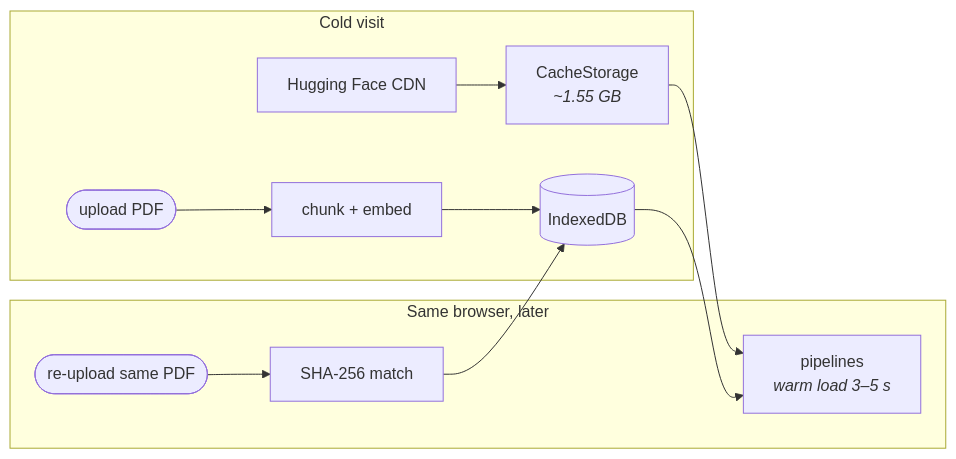
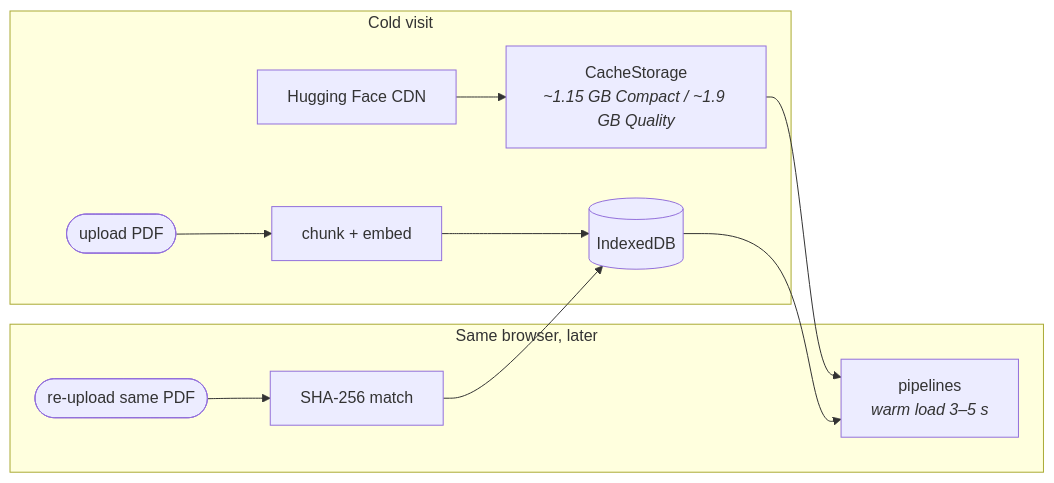
Before and after one commit to sumitsahoo/cloakpdf: the fourth of 4 diagrams in docs/local-ai.md, drawn with Mermaid. The commit also changed other lines of this file and 8 other files, not shown here.

````diff
--- a/docs/local-ai.md
+++ b/docs/local-ai.md
@@ -224,12 +226,12 @@
 ```mermaid
 flowchart LR
     subgraph Cold["Cold visit"]
-        CDN[Hugging Face CDN] --> Cache[CacheStorage<br/><i>~1.55 GB</i>]
+        CDN[Hugging Face CDN] --> Cache[CacheStorage<br/><i>~1.15 GB Compact / ~1.9 GB Quality</i>]
         PDF1([upload PDF]) --> Embed1[chunk + embed] --> IDB1[(IndexedDB)]
     end
 
     subgraph Warm["Same browser, later"]
         Cache --> Models[pipelines<br/><i>warm load 3–5 s</i>]
         PDF2([re-upload same PDF]) --> SHA[SHA-256 match] --> IDB1 --> Models
     end
 ```
````
